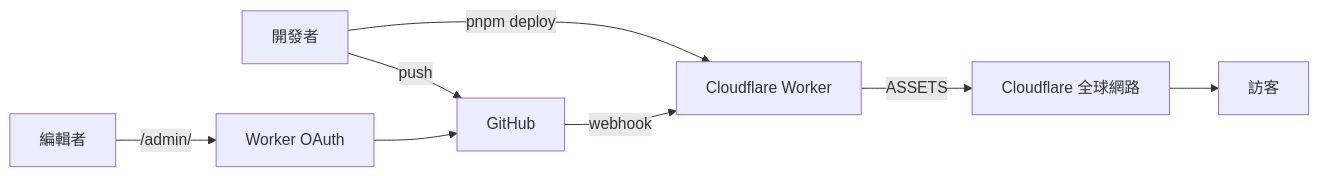
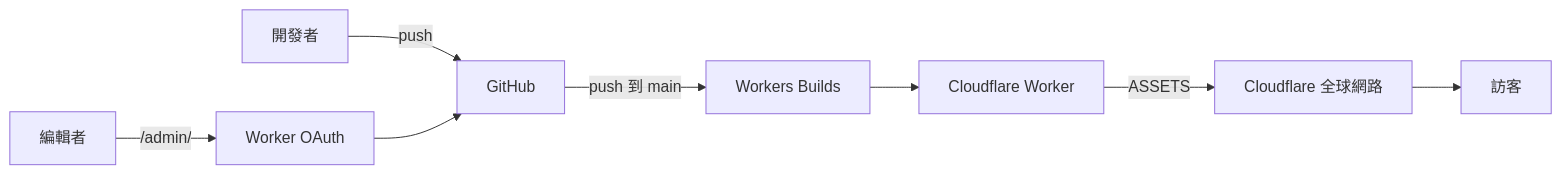
One commit to shechen-tw/shechen changed the diagram in README.md. Above: the diagram before and after it, drawn with Mermaid. The commit also changed 1 other file, not shown here.

Commit message:
docs: 修正 GitHub App 用詞並補上 Workers Builds 與安裝審核 (#16)

````diff
--- a/README.md
+++ b/README.md
@@ -17,10 +17,10 @@
 ```mermaid
 flowchart LR
   dev["開發者"] -->|push| gh["GitHub"]
-  dev -->|"pnpm deploy"| wrk["Cloudflare Worker"]
-  gh -->|webhook| wrk
+  gh -->|"push 到 main"| builds["Workers Builds"]
+  builds --> wrk["Cloudflare Worker"]
   wrk -->|ASSETS| edge["Cloudflare 全球網路"]
   editor["編輯者"] -->|"/admin/"| oauth["Worker OAuth"]
   oauth --> gh
   edge --> visitor["訪客"]
 ```
````
